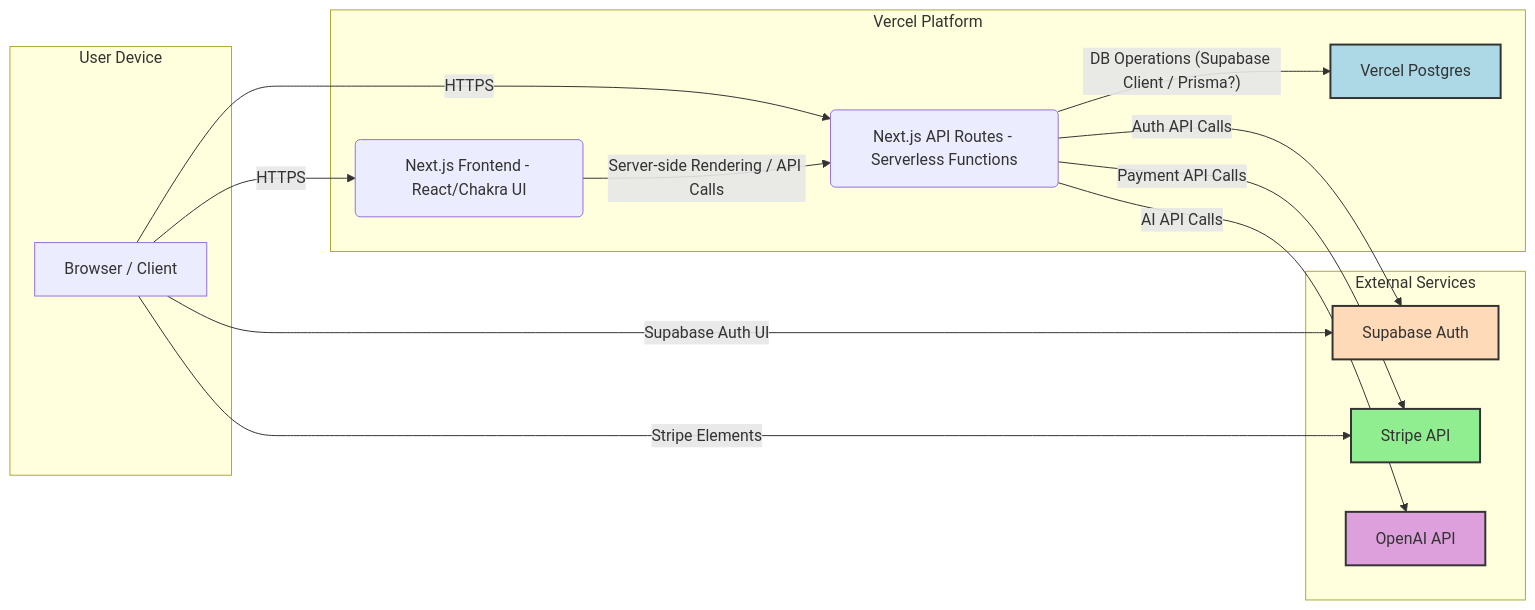
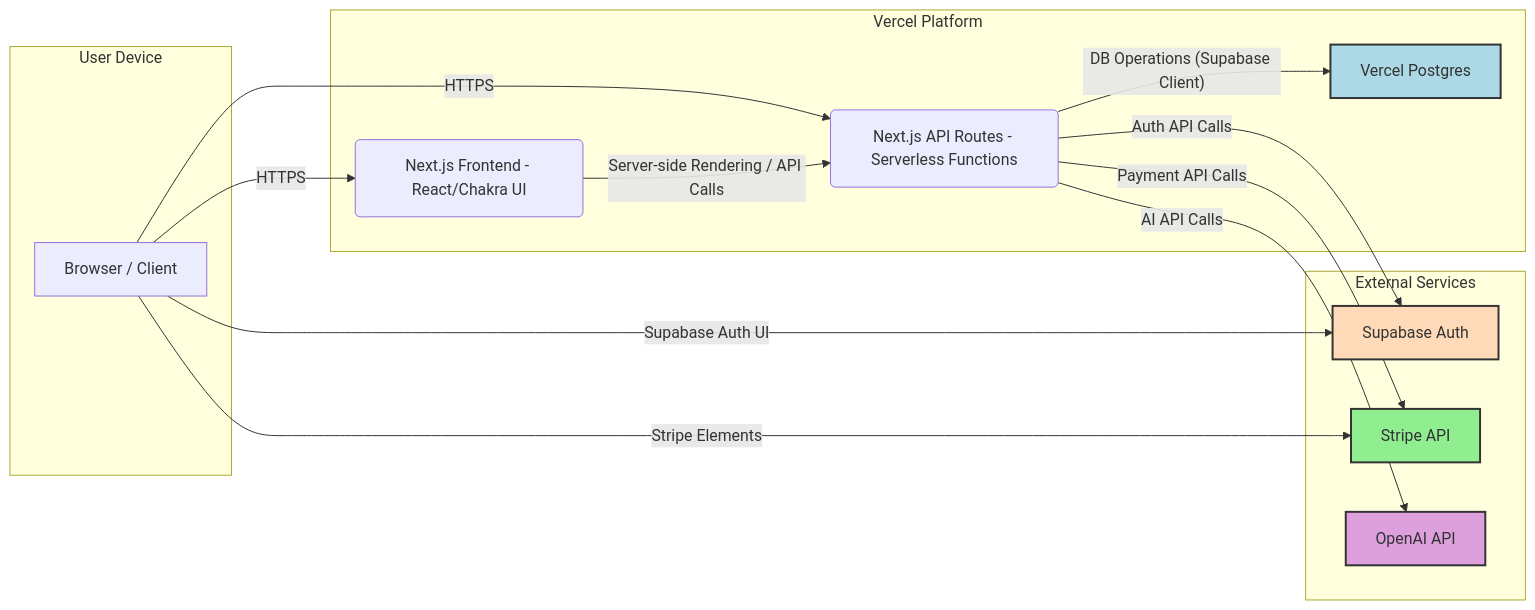
The diagram in README.md (AiwonA1/L4-L7-Fractal-Self-Awareness-Intelligence-Router), drawn with Mermaid before and after one commit. The commit also changed other lines of this file and 4 other files, not shown here.

````diff
--- a/README.md
+++ b/README.md
@@ -50,36 +50,36 @@
 ```mermaid
 graph LR
     subgraph "User Device"
         A[Browser / Client]
     end
 
     subgraph "Vercel Platform"
         B(Next.js Frontend - React/Chakra UI)
         C(Next.js API Routes - Serverless Functions)
         D[Vercel Postgres]
     end
 
     subgraph "External Services"
         E[Supabase Auth]
         F[Stripe API]
         G[OpenAI API]
     end
 
     A -- HTTPS --> B
     A -- HTTPS --> C
     B -- Server-side Rendering / API Calls --> C
 
     C -- Auth API Calls --> E
-    C -- DB Operations (Supabase Client / Prisma?) --> D
+    C -- DB Operations (Supabase Client) --> D
     C -- Payment API Calls --> F
     C -- AI API Calls --> G
 
     %% Direct Client Interactions
     A -- Supabase Auth UI --> E
     A -- Stripe Elements --> F
 
     style D fill:#ADD8E6,stroke:#333,stroke-width:2px
     style E fill:#FFDAB9,stroke:#333,stroke-width:2px
     style F fill:#90EE90,stroke:#333,stroke-width:2px
     style G fill:#DDA0DD,stroke:#333,stroke-width:2px
 ```
````
